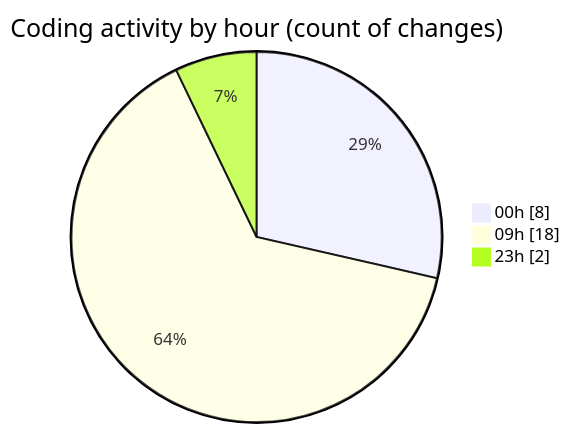
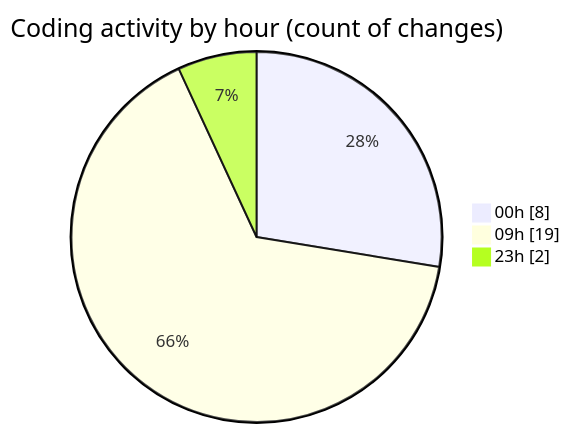
Before and after one commit to momahboobian/code-tracking: the second of 2 diagrams in 2025-12-18/cda/README.md, drawn with Mermaid. The commit also changed other lines of this file and 1 other file, not shown here.

````diff
--- a/2025-12-18/cda/README.md
+++ b/2025-12-18/cda/README.md
@@ -40,7 +40,7 @@
 ```mermaid
 pie showData
 title Coding activity by hour (count of changes)
 "00h" : 8
-"09h" : 18
+"09h" : 19
 "23h" : 2
 ```
````
